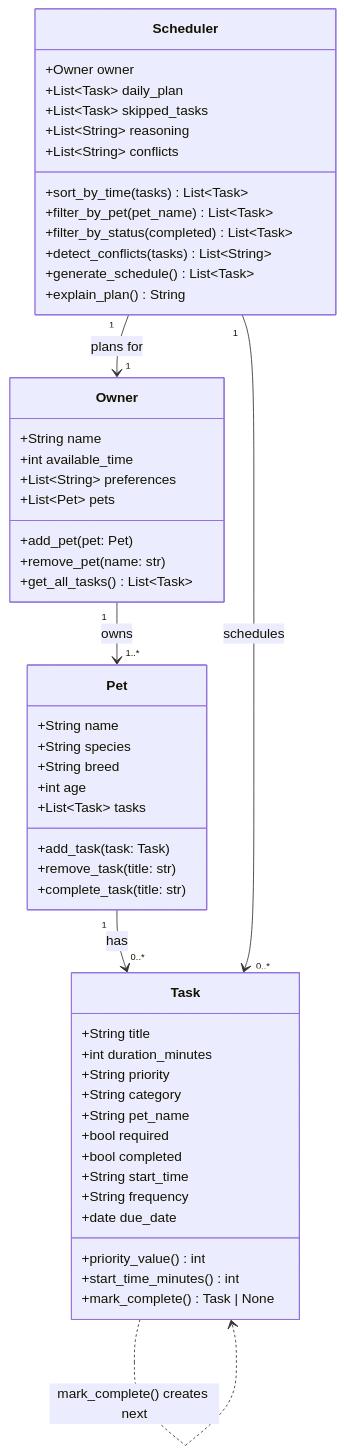
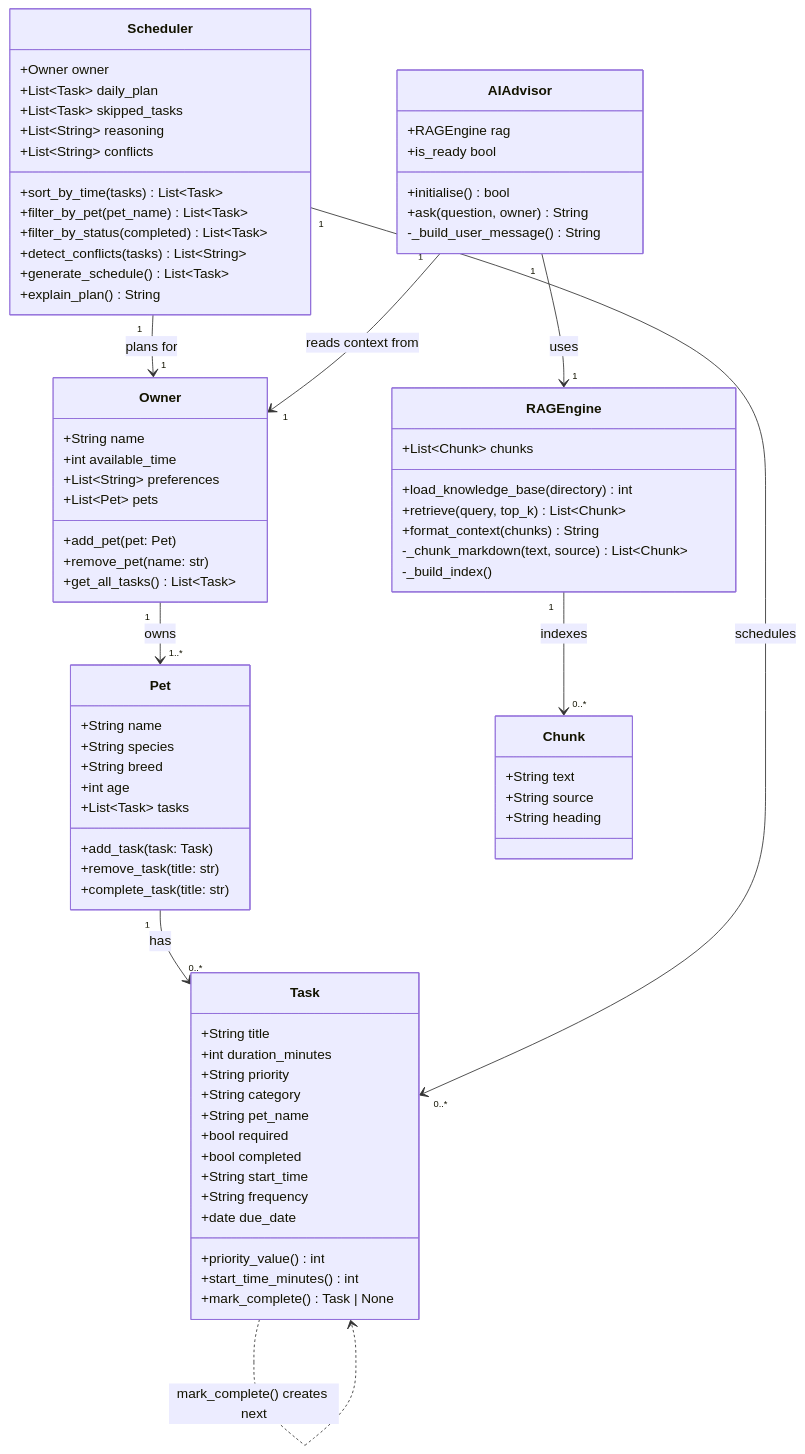
Before and after one commit to AbtinK-2234/applied-ai-system-project: the first of 2 diagrams in uml_final.md, drawn with Mermaid. The commit also changed other lines of this file and 16 other files, not shown here.

````diff
--- a/uml_final.md
+++ b/uml_final.md
@@ -51,9 +53,35 @@
         +explain_plan() String
     }
 
+    class RAGEngine {
+        +List~Chunk~ chunks
+        +load_knowledge_base(directory) int
+        +retrieve(query, top_k) List~Chunk~
+        +format_context(chunks) String
+        -_chunk_markdown(text, source) List~Chunk~
+        -_build_index()
+    }
+
+    class Chunk {
+        +String text
+        +String source
+        +String heading
+    }
+
+    class AIAdvisor {
+        +RAGEngine rag
+        +initialise() bool
+        +is_ready bool
+        +ask(question, owner) String
+        -_build_user_message() String
+    }
+
     Owner "1" --> "1..*" Pet : owns
     Pet "1" --> "0..*" Task : has
     Scheduler "1" --> "1" Owner : plans for
     Scheduler "1" --> "0..*" Task : schedules
     Task ..> Task : mark_complete() creates next
+    AIAdvisor "1" --> "1" RAGEngine : uses
+    AIAdvisor "1" --> "1" Owner : reads context from
+    RAGEngine "1" --> "0..*" Chunk : indexes
 ```
````
